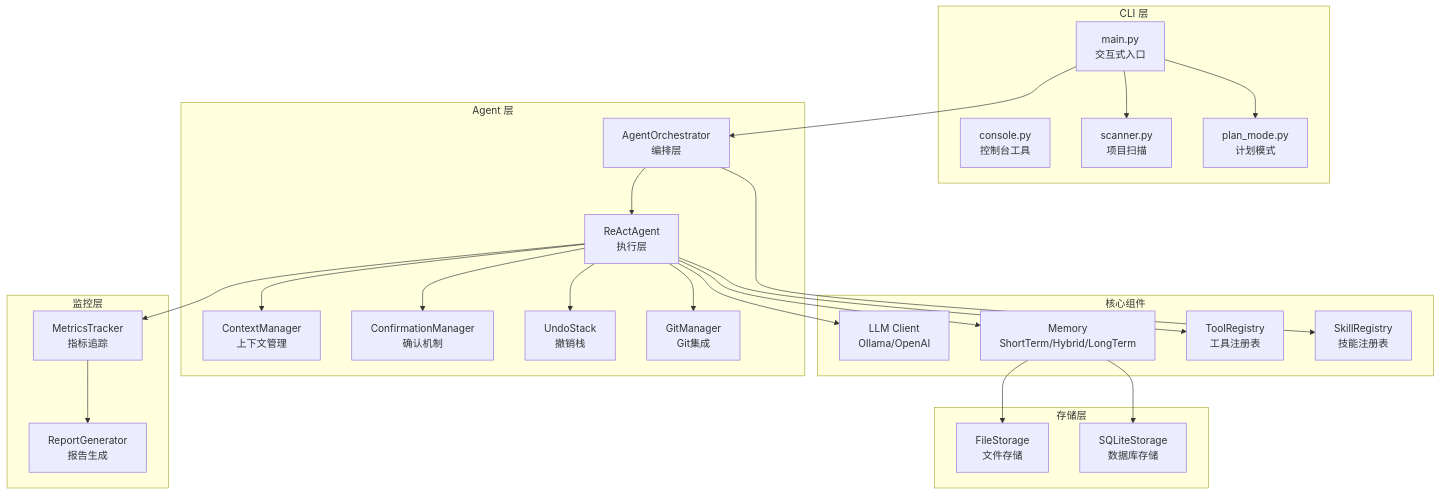
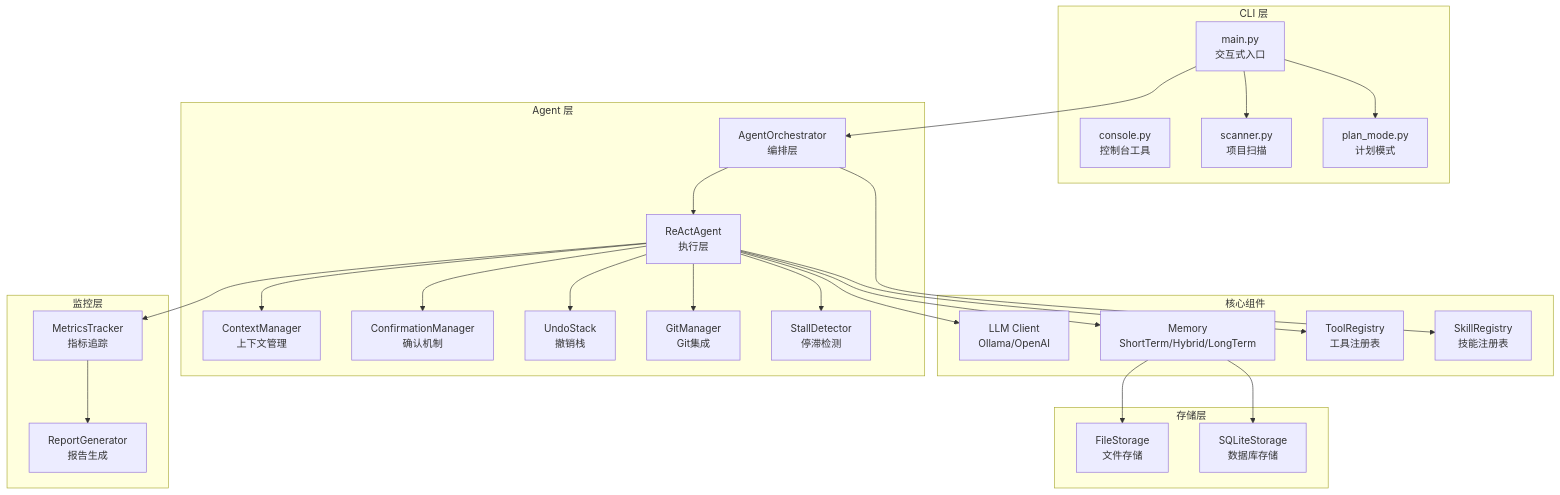
Before and after one commit to Tobytywang/NanoAgent: the first of 4 diagrams in docs/architecture.md, drawn with Mermaid. The commit also changed other lines of this file and 4 other files, not shown here.

````diff
--- a/docs/architecture.md
+++ b/docs/architecture.md
@@ -7,55 +7,57 @@
 ```mermaid
 graph TB
     subgraph CLI["CLI 层"]
         MAIN[main.py<br/>交互式入口]
         CONSOLE[console.py<br/>控制台工具]
         SCANNER[scanner.py<br/>项目扫描]
         PLAN[plan_mode.py<br/>计划模式]
     end
 
     subgraph Agent["Agent 层"]
         ORCH[AgentOrchestrator<br/>编排层]
         REACT[ReActAgent<br/>执行层]
         CTX[ContextManager<br/>上下文管理]
         CONFIRM[ConfirmationManager<br/>确认机制]
         UNDO[UndoStack<br/>撤销栈]
         GIT[GitManager<br/>Git集成]
+        STALL[StallDetector<br/>停滞检测]
     end
 
     subgraph Core["核心组件"]
         LLM[LLM Client<br/>Ollama/OpenAI]
         MEM[Memory<br/>ShortTerm/Hybrid/LongTerm]
         TOOLS[ToolRegistry<br/>工具注册表]
         SKILLS[SkillRegistry<br/>技能注册表]
     end
 
     subgraph Storage["存储层"]
         FILE[FileStorage<br/>文件存储]
         SQLITE[SQLiteStorage<br/>数据库存储]
     end
 
     subgraph Monitoring["监控层"]
         TRACKER[MetricsTracker<br/>指标追踪]
         REPORTER[ReportGenerator<br/>报告生成]
     end
 
     MAIN --> ORCH
     MAIN --> SCANNER
     MAIN --> PLAN
     ORCH --> REACT
     REACT --> CTX
     REACT --> CONFIRM
     REACT --> UNDO
     REACT --> GIT
+    REACT --> STALL
 
     REACT --> LLM
     REACT --> MEM
     REACT --> TOOLS
     ORCH --> SKILLS
 
     MEM --> FILE
     MEM --> SQLITE
 
     REACT --> TRACKER
     TRACKER --> REPORTER
 ```
````
